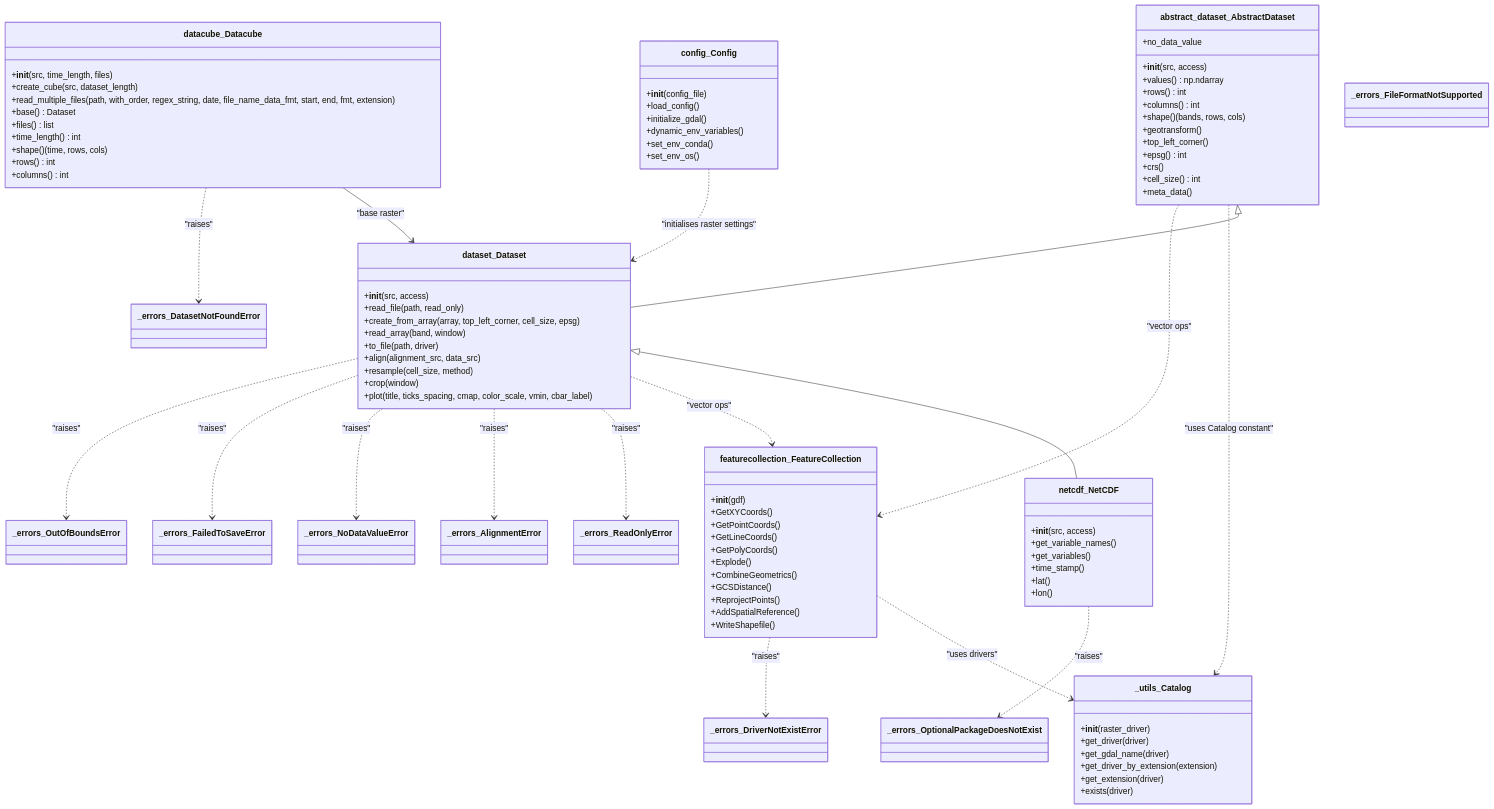
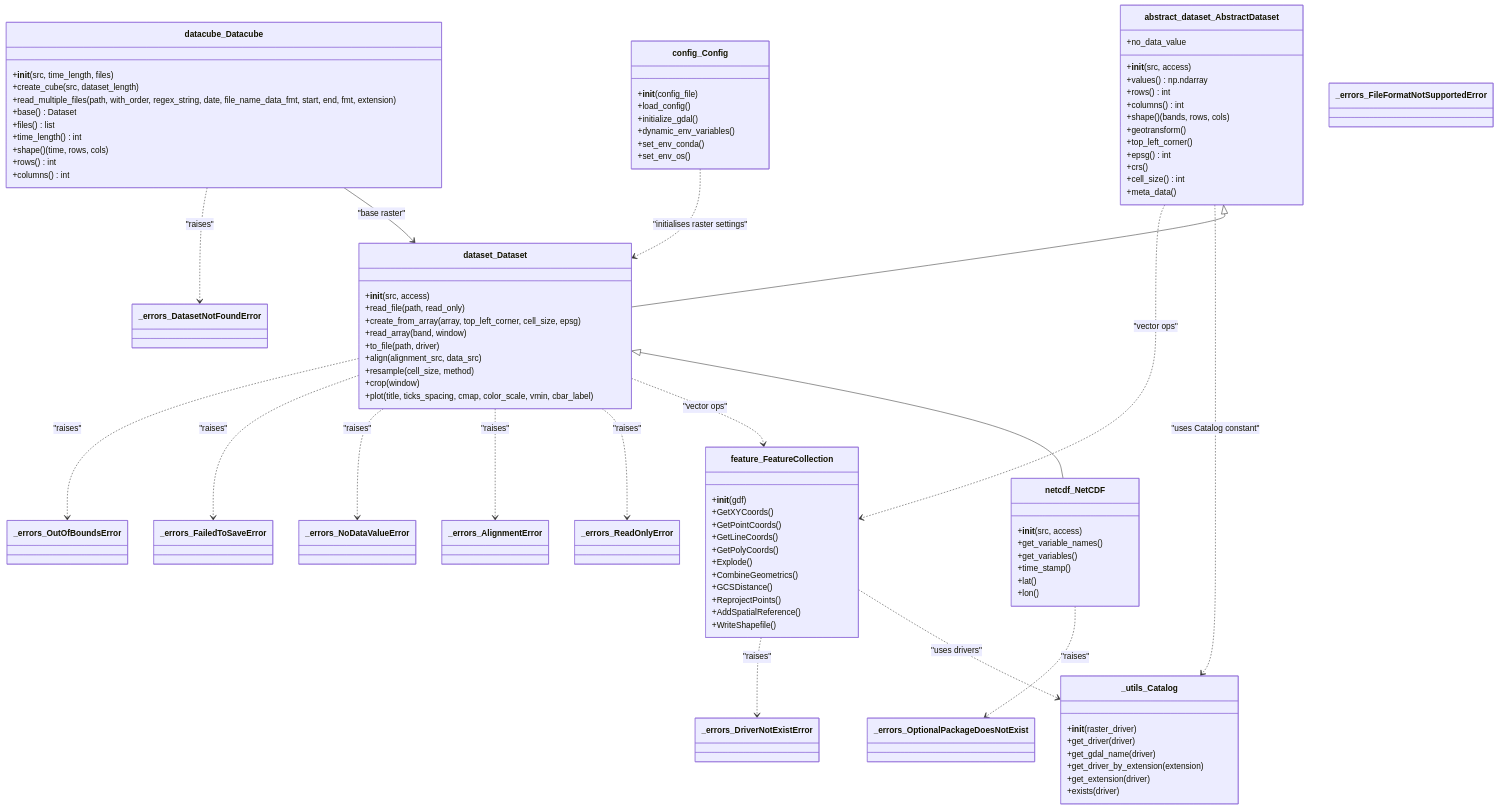
One commit to Serapieum-of-alex/pyramids changed diagram 12 of 13 in docs/architecture/diagrams.md. Above: the diagram before and after it, drawn with Mermaid. The commit also changed other lines of this file and 16 other files, not shown here.

Commit message:
rename featurecollection.py to feature.py

```diff
--- a/docs/architecture/diagrams.md
+++ b/docs/architecture/diagrams.md
@@ -214,7 +214,7 @@
     }
 
     %% FeatureCollection for vector data
-    class featurecollection_FeatureCollection {
+    class feature_FeatureCollection {
         +__init__(gdf)
         +GetXYCoords()
         +GetPointCoords()
@@ -244,7 +244,7 @@
     class _errors_NoDataValueError
     class _errors_AlignmentError
     class _errors_DriverNotExistError
-    class _errors_FileFormatNotSupported
+    class _errors_FileFormatNotSupportedError
     class _errors_OptionalPackageDoesNotExist
     class _errors_FailedToSaveError
     class _errors_OutOfBoundsError
@@ -256,16 +256,16 @@
     %% composition/usage relations
     datacube_Datacube --> dataset_Dataset : "base raster"
     abstract_dataset_AbstractDataset ..> _utils_Catalog : "uses Catalog constant"
-    abstract_dataset_AbstractDataset ..> featurecollection_FeatureCollection : "vector ops"
-    dataset_Dataset ..> featurecollection_FeatureCollection : "vector ops"
-    featurecollection_FeatureCollection ..> _utils_Catalog : "uses drivers"
+    abstract_dataset_AbstractDataset ..> feature_FeatureCollection : "vector ops"
+    dataset_Dataset ..> feature_FeatureCollection : "vector ops"
+    feature_FeatureCollection ..> _utils_Catalog : "uses drivers"
     dataset_Dataset ..> _errors_ReadOnlyError : "raises"
     dataset_Dataset ..> _errors_AlignmentError : "raises"
     dataset_Dataset ..> _errors_NoDataValueError : "raises"
     dataset_Dataset ..> _errors_FailedToSaveError : "raises"
     dataset_Dataset ..> _errors_OutOfBoundsError : "raises"
     datacube_Datacube ..> _errors_DatasetNotFoundError : "raises"
-    featurecollection_FeatureCollection ..> _errors_DriverNotExistError : "raises"
+    feature_FeatureCollection ..> _errors_DriverNotExistError : "raises"
     netcdf_NetCDF ..> _errors_OptionalPackageDoesNotExist : "raises"
     config_Config ..> dataset_Dataset : "initialises raster settings"
 
```
